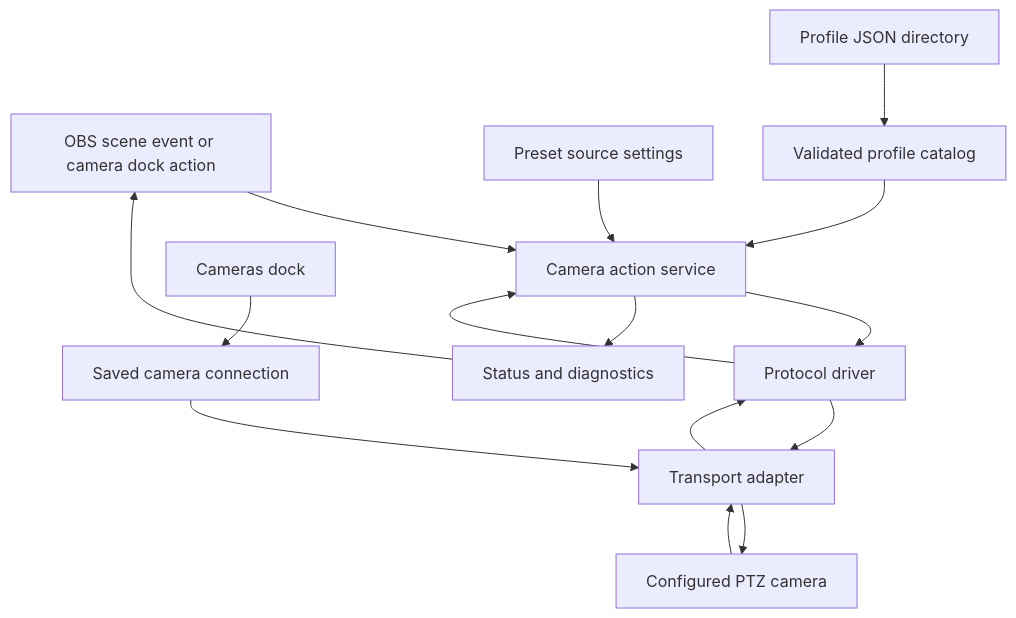
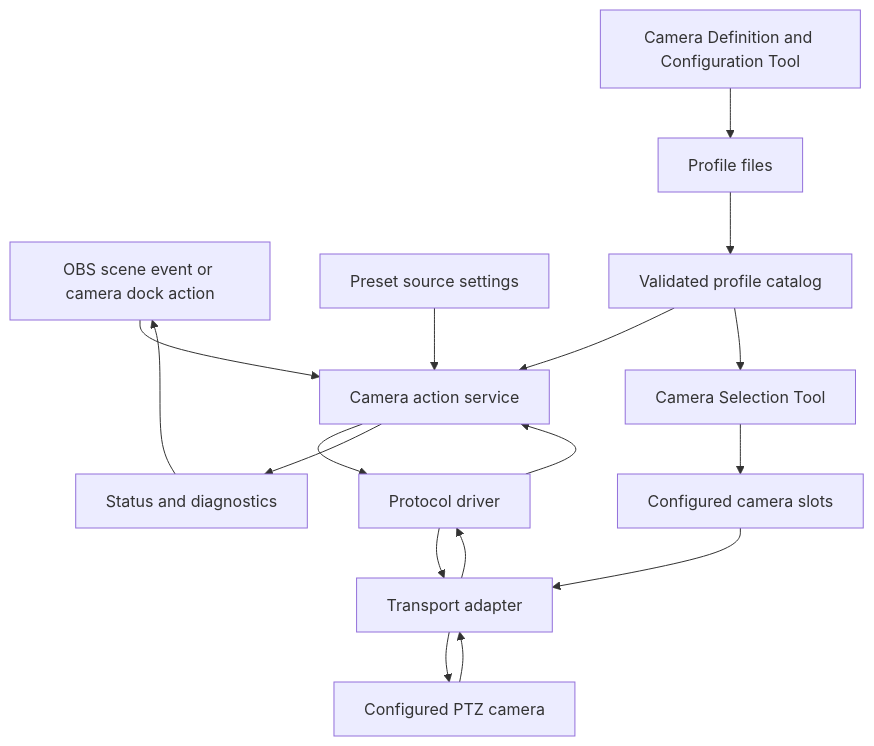
One commit to wzaggle/SimpleCamDirect changed the diagram in docs/PROJECT_MAP.md. Above: the diagram before and after it, drawn with Mermaid. The commit also changed other lines of this file, not shown here.

First line of the commit message:
MARK IT: Define SimpleCamDirect camera tool boundaries

````diff
--- a/docs/PROJECT_MAP.md
+++ b/docs/PROJECT_MAP.md
@@ -28,17 +28,19 @@
 ```mermaid
 flowchart TD
     A[OBS scene event or camera dock action] --> B[Camera action service]
     C[Preset source settings] --> B
     D[Validated profile catalog] --> B
     B --> E[Protocol driver]
     E --> F[Transport adapter]
     F --> G[Configured PTZ camera]
     G --> F
     F --> E
     E --> B
     B --> H[Status and diagnostics]
     H --> A
-    I[Cameras dock] --> J[Saved camera connection]
+    I[Camera Selection Tool] --> J[Configured camera slots]
     J --> F
-    K[Profile JSON directory] --> D
+    K[Camera Definition and Configuration Tool] --> L[Profile files]
+    L --> D
+    D --> I
 ```
````
